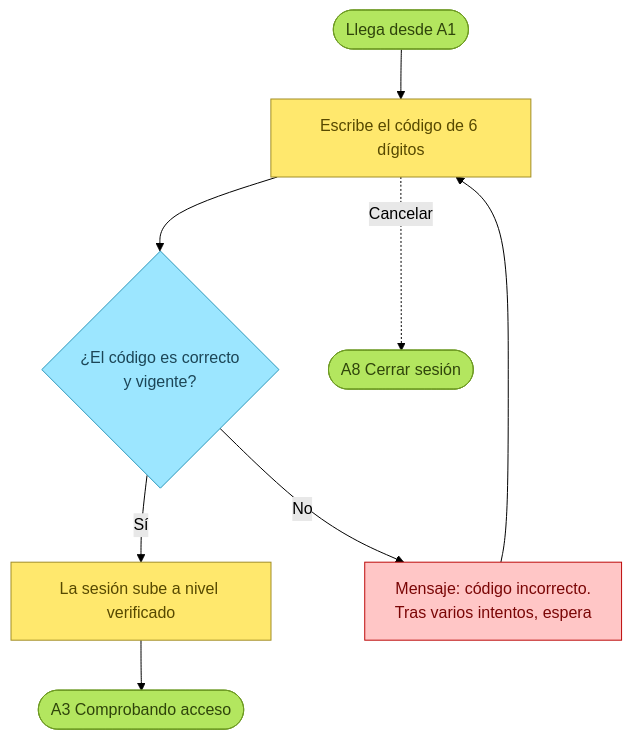
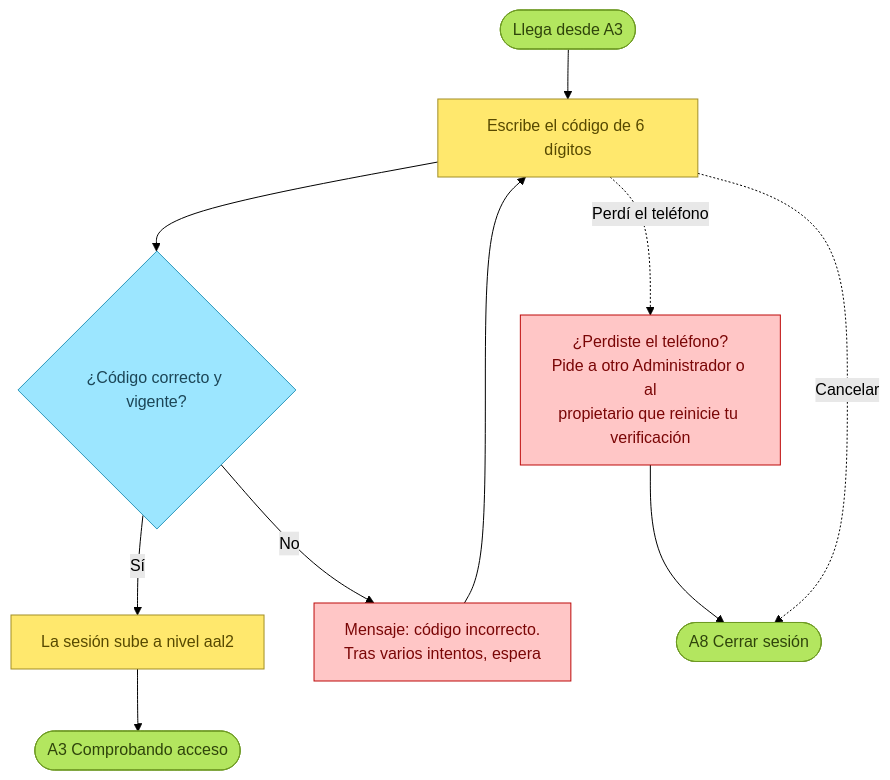
The second of 10 diagrams in docs/modulos/01-acceso.md (bernardoreveco/DentiHub), drawn with Mermaid (forest theme) before and after one commit. The commit also changed other lines of this file and 48 other files, not shown here.

````diff
--- a/docs/modulos/01-acceso.md
+++ b/docs/modulos/01-acceso.md
@@ -56,20 +70,22 @@
 ```mermaid
 flowchart TD
     classDef ini fill:#B3E65F,stroke:#6E9A24,color:#2F440B
     classDef paso fill:#FFE86D,stroke:#A28E26,color:#574900
     classDef dec fill:#9CE6FF,stroke:#2C97BB,color:#1C4657
     classDef no fill:#FFC6C6,stroke:#BD0A0A,color:#7A0606
 
-    v1([Llega desde A1]):::ini
+    v1([Llega desde A3]):::ini
     v2[Escribe el código de 6 dígitos]:::paso
-    v3{¿El código es correcto<br/>y vigente?}:::dec
-    v4[La sesión sube a nivel verificado]:::paso
+    v3{¿Código correcto y vigente?}:::dec
+    v4[La sesión sube a nivel aal2]:::paso
     e1[Mensaje: código incorrecto.<br/>Tras varios intentos, espera]:::no
+    e2[¿Perdiste el teléfono?<br/>Pide a otro Administrador o al<br/>propietario que reinicie tu verificación]:::no
     a3([A3 Comprobando acceso]):::ini
     a8([A8 Cerrar sesión]):::ini
 
     v1 --> v2 --> v3
     v3 -- No --> e1 --> v2
     v3 -- Sí --> v4 --> a3
+    v2 -. Perdí el teléfono .-> e2 --> a8
     v2 -. Cancelar .-> a8
 ```
````
